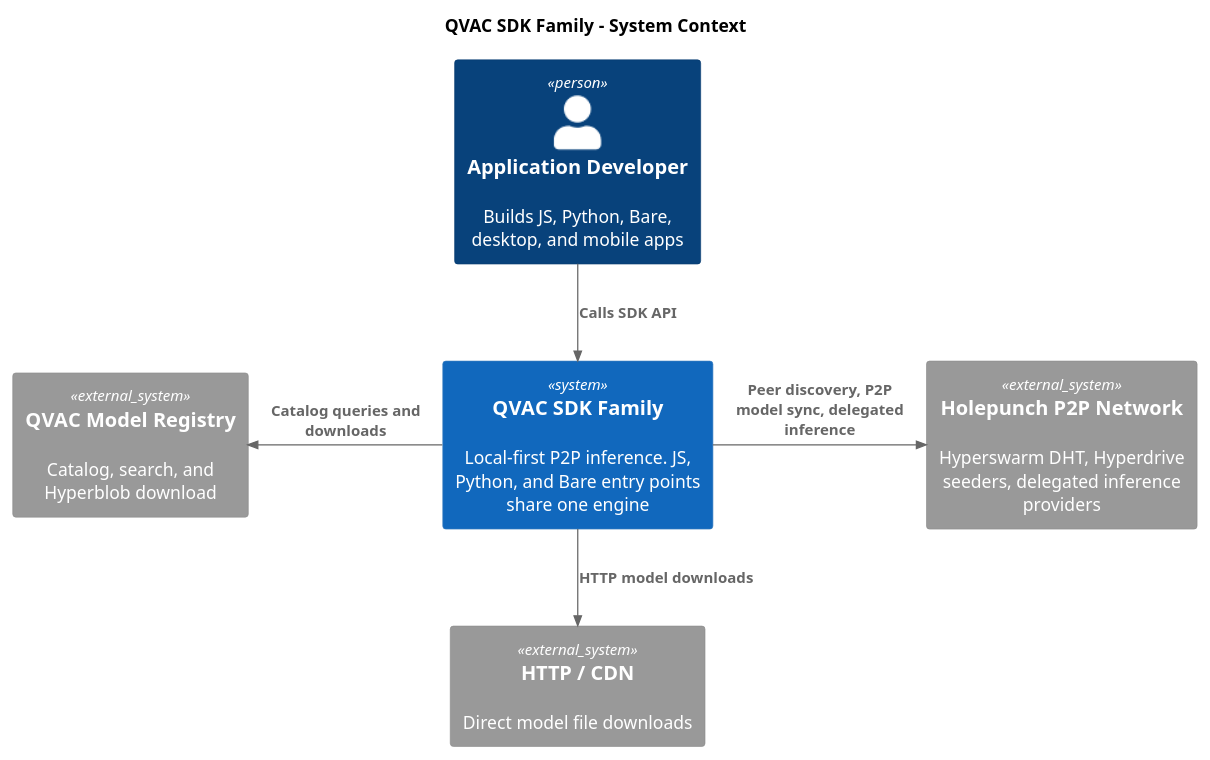
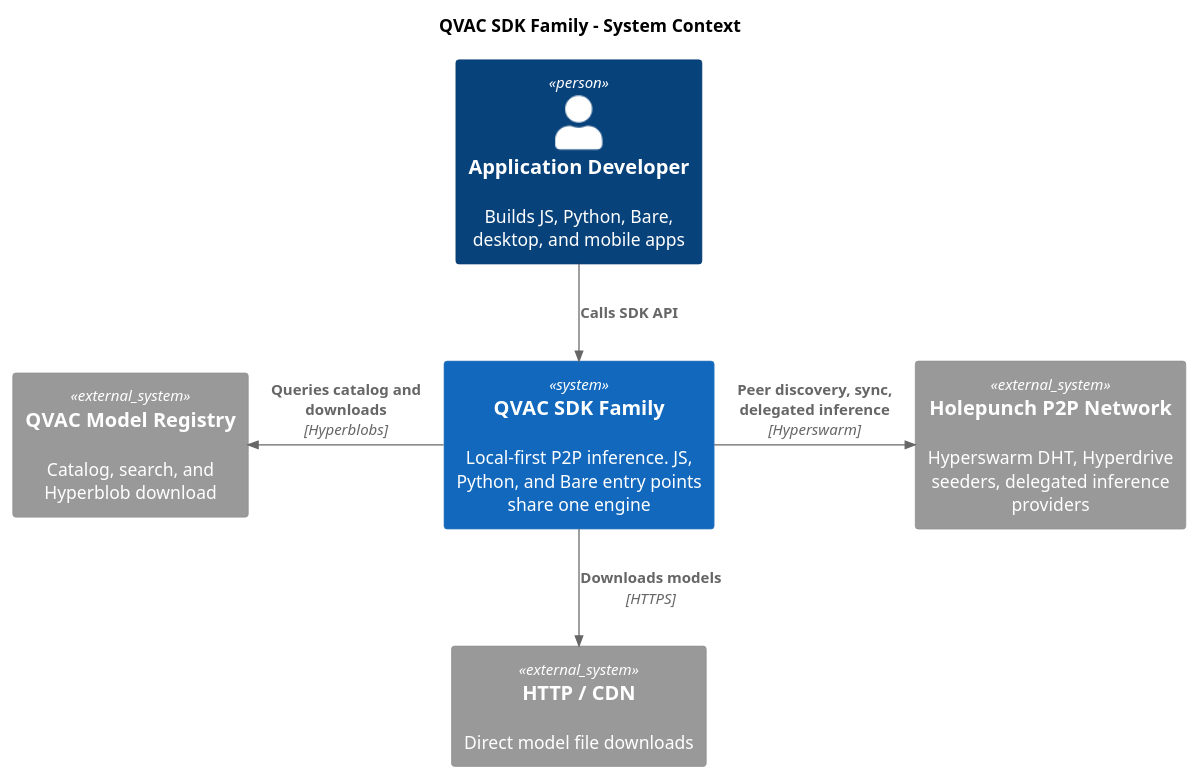
Before and after one commit to tetherto/qvac: the diagram in docs/architecture/puml/01-system-context.puml, drawn with PlantUML. The commit also changed 10 other files, not shown here.

```diff
--- a/docs/architecture/puml/01-system-context.puml
+++ b/docs/architecture/puml/01-system-context.puml
@@ -1,19 +1,19 @@
 @startuml
 !include <C4/C4_Context>
 
 title QVAC SDK Family - System Context
 
 Person(dev, "Application Developer", "Builds JS, Python, Bare, desktop, and mobile apps")
 
 System(sdk, "QVAC SDK Family", "Local-first P2P inference. JS, Python, and Bare entry points share one engine")
 
 System_Ext(registry, "QVAC Model Registry", "Catalog, search, and Hyperblob download")
 System_Ext(http, "HTTP / CDN", "Direct model file downloads")
 System_Ext(p2p, "Holepunch P2P Network", "Hyperswarm DHT, Hyperdrive seeders, delegated inference providers")
 
 Rel_D(dev, sdk, "Calls SDK API")
-Rel_L(sdk, registry, "Catalog queries and downloads")
-Rel_D(sdk, http, "HTTP model downloads")
-Rel_R(sdk, p2p, "Peer discovery, P2P model sync, delegated inference")
+Rel_L(sdk, registry, "Queries catalog and downloads", "Hyperblobs")
+Rel_D(sdk, http, "Downloads models", "HTTPS")
+Rel_R(sdk, p2p, "Peer discovery, sync, delegated inference", "Hyperswarm")
 
 @enduml
```
